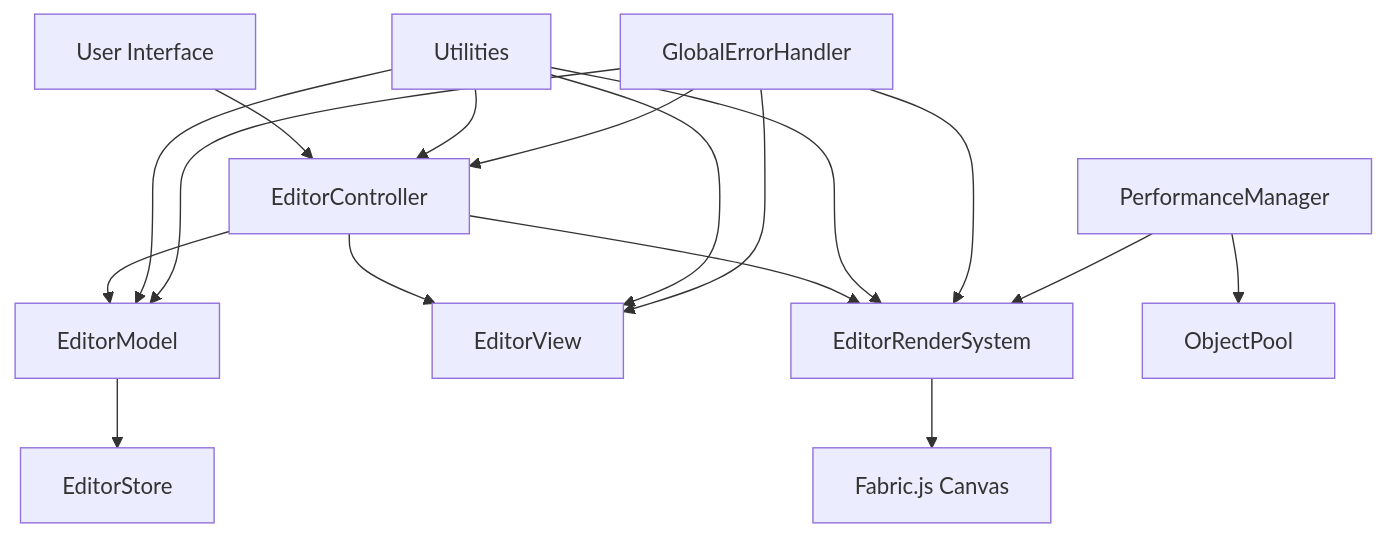
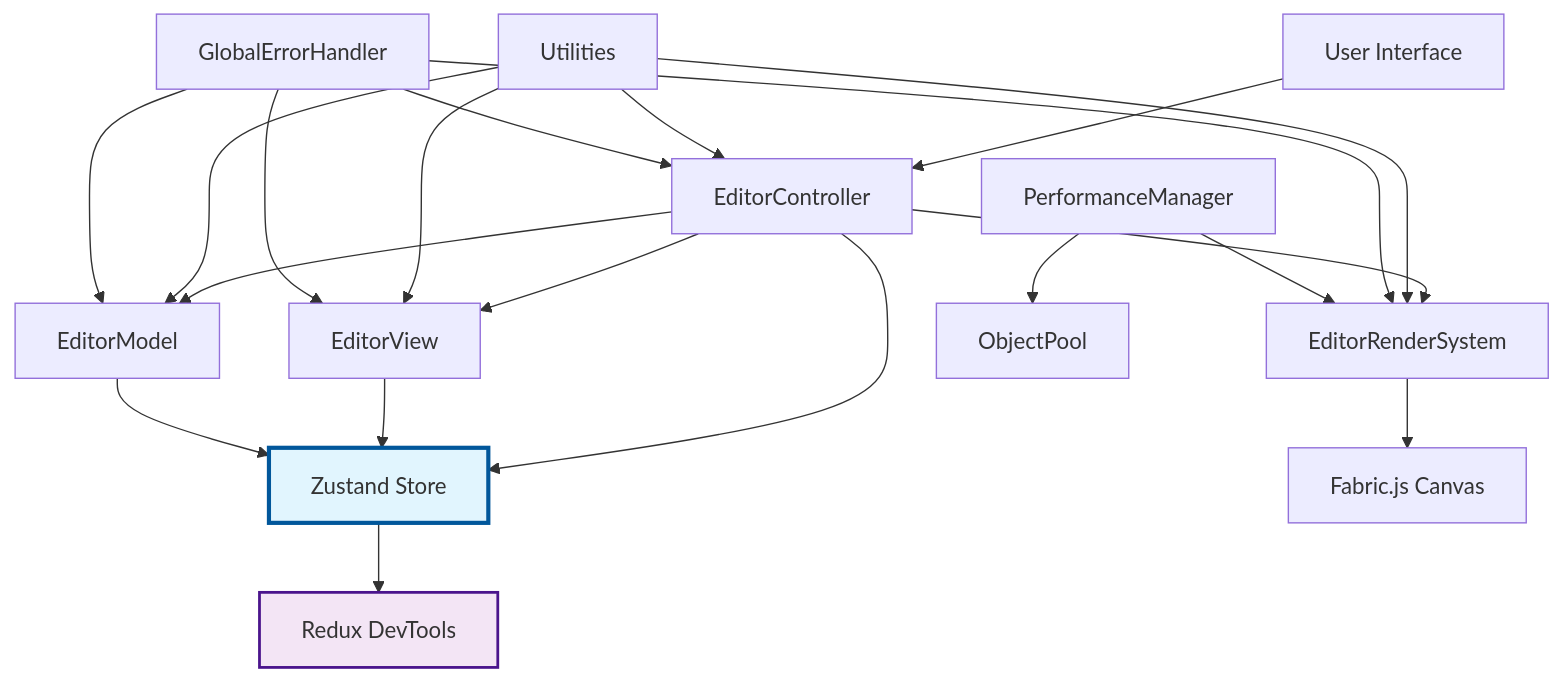
The first of 3 diagrams in .claude/ARCHITECTURE.md (traponion/jumping-dot-game), drawn with Mermaid before and after one commit. The commit also changed other lines of this file, not shown here.

First line of the commit message:
docs: Update ARCHITECTURE.md to reflect Zustand state management

````diff
--- a/.claude/ARCHITECTURE.md
+++ b/.claude/ARCHITECTURE.md
@@ -18,23 +18,29 @@
 ```mermaid
 graph TB
     UI[User Interface] --> Controller[EditorController]
     Controller --> Model[EditorModel]
     Controller --> View[EditorView]
     Controller --> RenderSystem[EditorRenderSystem]
+    Controller --> ZustandStore[Zustand Store]
     
-    Model --> Store[EditorStore]
+    View --> ZustandStore
+    Model --> ZustandStore
+    ZustandStore --> DevTools[Redux DevTools]
     RenderSystem --> Fabric[Fabric.js Canvas]
     
     Utilities[Utilities] --> Controller
     Utilities --> Model
     Utilities --> View
     Utilities --> RenderSystem
     
     ErrorHandler[GlobalErrorHandler] --> Controller
     ErrorHandler --> Model
     ErrorHandler --> View
     ErrorHandler --> RenderSystem
     
     Performance[PerformanceManager] --> RenderSystem
     Performance --> ObjectPool[ObjectPool]
+    
+    style ZustandStore fill:#e1f5fe,stroke:#01579b,stroke-width:3px
+    style DevTools fill:#f3e5f5,stroke:#4a148c,stroke-width:2px
 ```
````
